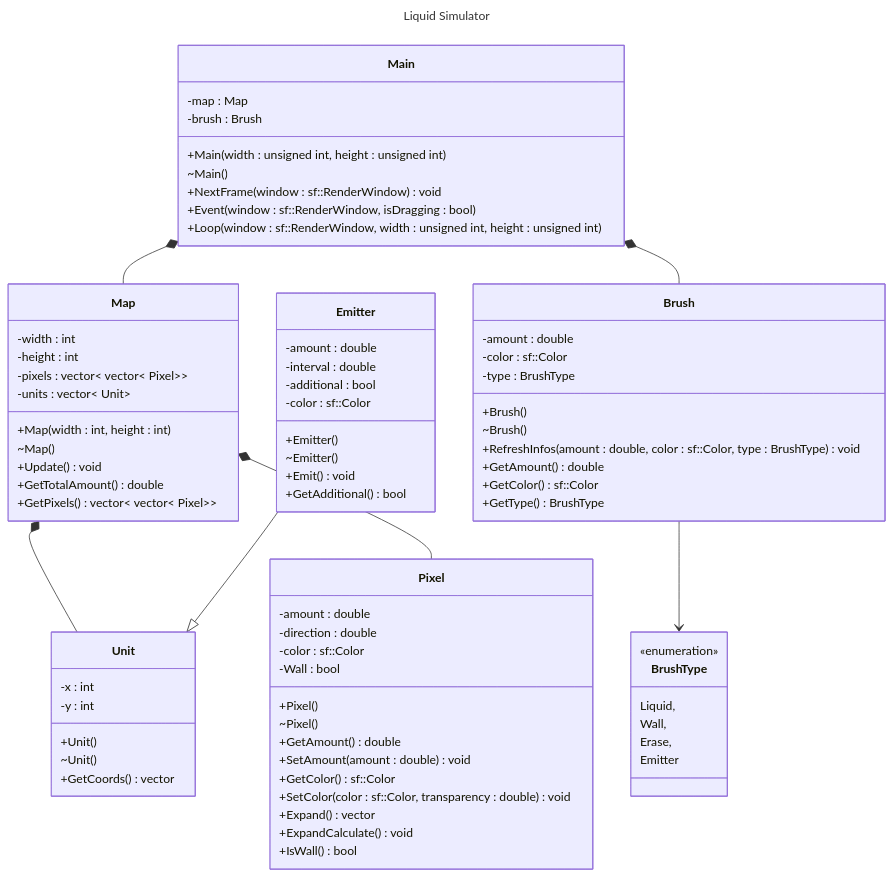
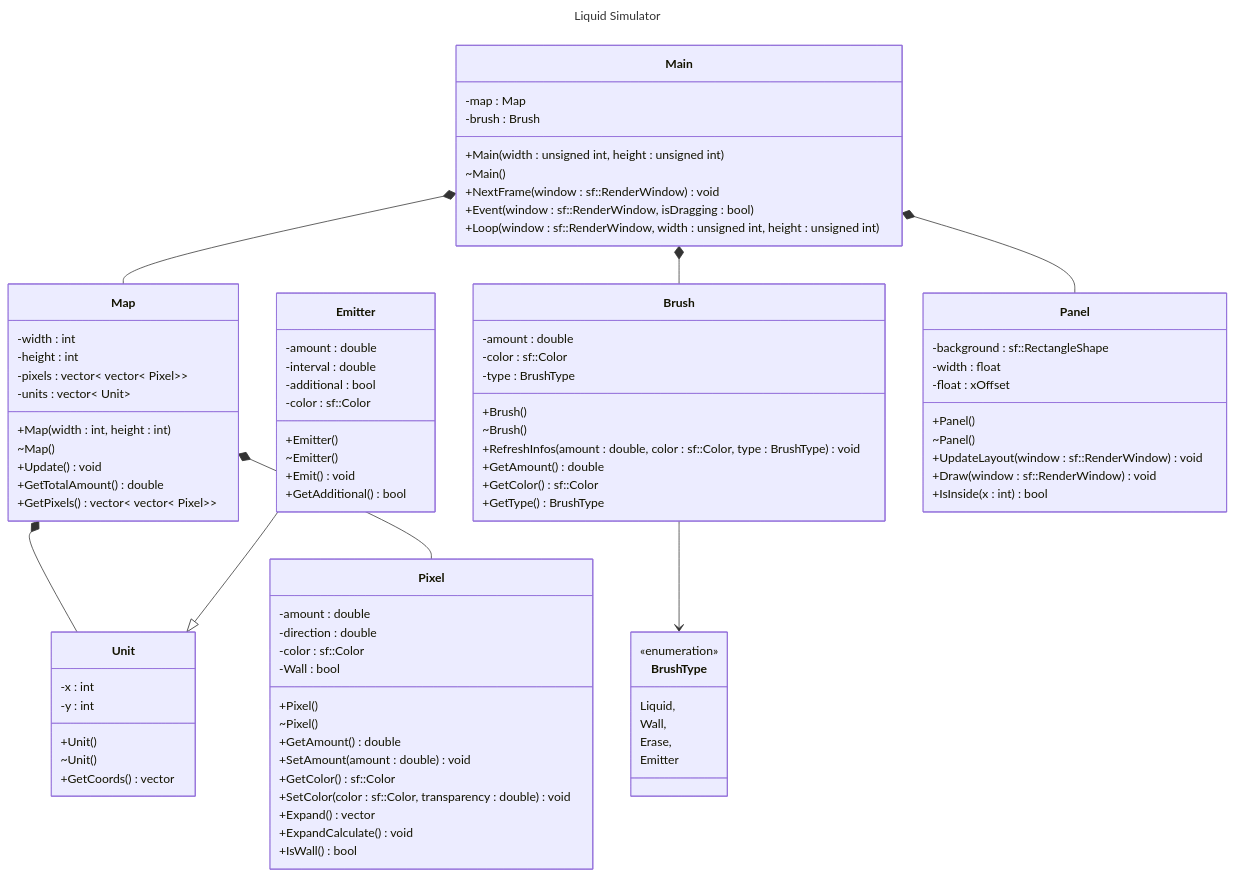
The diagram in README.md (LogicLoic/Liquid-Simulator), drawn with Mermaid before and after one commit. The commit also changed 4 other files, not shown here.

```diff
--- a/README.md
+++ b/README.md
@@ -88,10 +88,23 @@
         Emitter
     }
 
+    class Panel{
+        -background : sf::RectangleShape
+        -width : float
+        -float : xOffset
+
+        +Panel()
+        ~Panel()
+        +UpdateLayout(window : sf::RenderWindow) void
+        +Draw(window : sf::RenderWindow) void
+        +IsInside(x : int) bool
+    }
+
     Main *-- Map
     Map *-- Unit
     Main *-- Brush
     Map *-- Pixel
+    Main *-- Panel
     Brush --> BrushType
     Emitter --|> Unit
 
```
